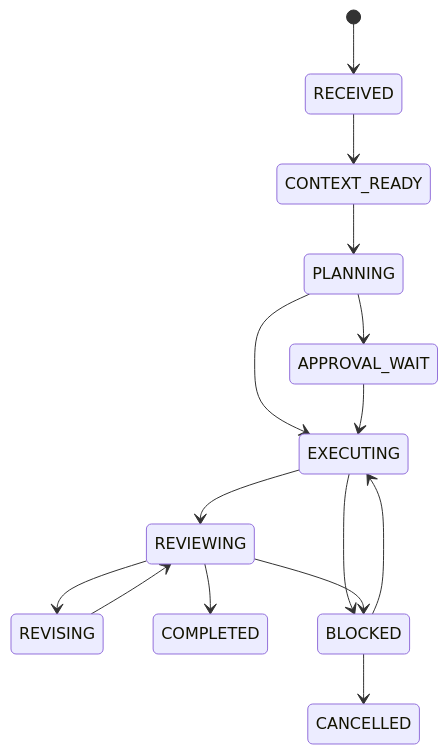
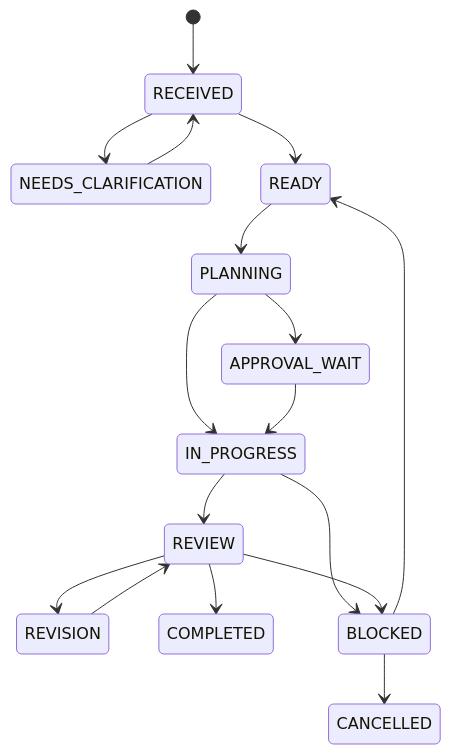
Before and after one commit to anghel-tomo/ai-game-studio: the diagram in Docs/91_AI_EXECUTION_PROTOCOL.md, drawn with Mermaid. The commit also changed other lines of this file, not shown here.

Commit message:
docs: unify execution states with task protocol

````diff
--- a/Docs/91_AI_EXECUTION_PROTOCOL.md
+++ b/Docs/91_AI_EXECUTION_PROTOCOL.md
@@ -19,17 +21,19 @@
 ```mermaid
 stateDiagram-v2
     [*] --> RECEIVED
-    RECEIVED --> CONTEXT_READY
-    CONTEXT_READY --> PLANNING
+    RECEIVED --> NEEDS_CLARIFICATION
+    NEEDS_CLARIFICATION --> RECEIVED
+    RECEIVED --> READY
+    READY --> PLANNING
     PLANNING --> APPROVAL_WAIT
-    PLANNING --> EXECUTING
-    APPROVAL_WAIT --> EXECUTING
-    EXECUTING --> REVIEWING
-    REVIEWING --> REVISING
-    REVISING --> REVIEWING
-    REVIEWING --> COMPLETED
-    EXECUTING --> BLOCKED
-    REVIEWING --> BLOCKED
-    BLOCKED --> EXECUTING
+    PLANNING --> IN_PROGRESS
+    APPROVAL_WAIT --> IN_PROGRESS
+    IN_PROGRESS --> REVIEW
+    REVIEW --> REVISION
+    REVISION --> REVIEW
+    REVIEW --> COMPLETED
+    IN_PROGRESS --> BLOCKED
+    REVIEW --> BLOCKED
+    BLOCKED --> READY
     BLOCKED --> CANCELLED
 ```
````
